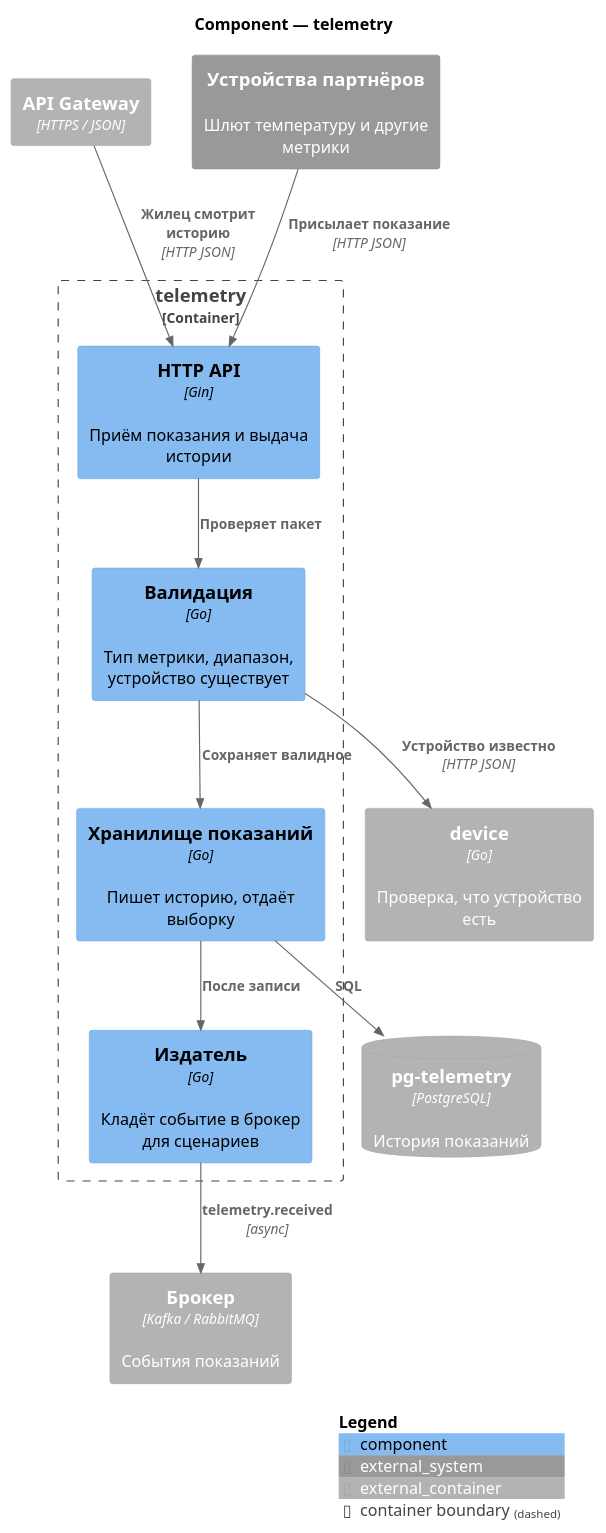
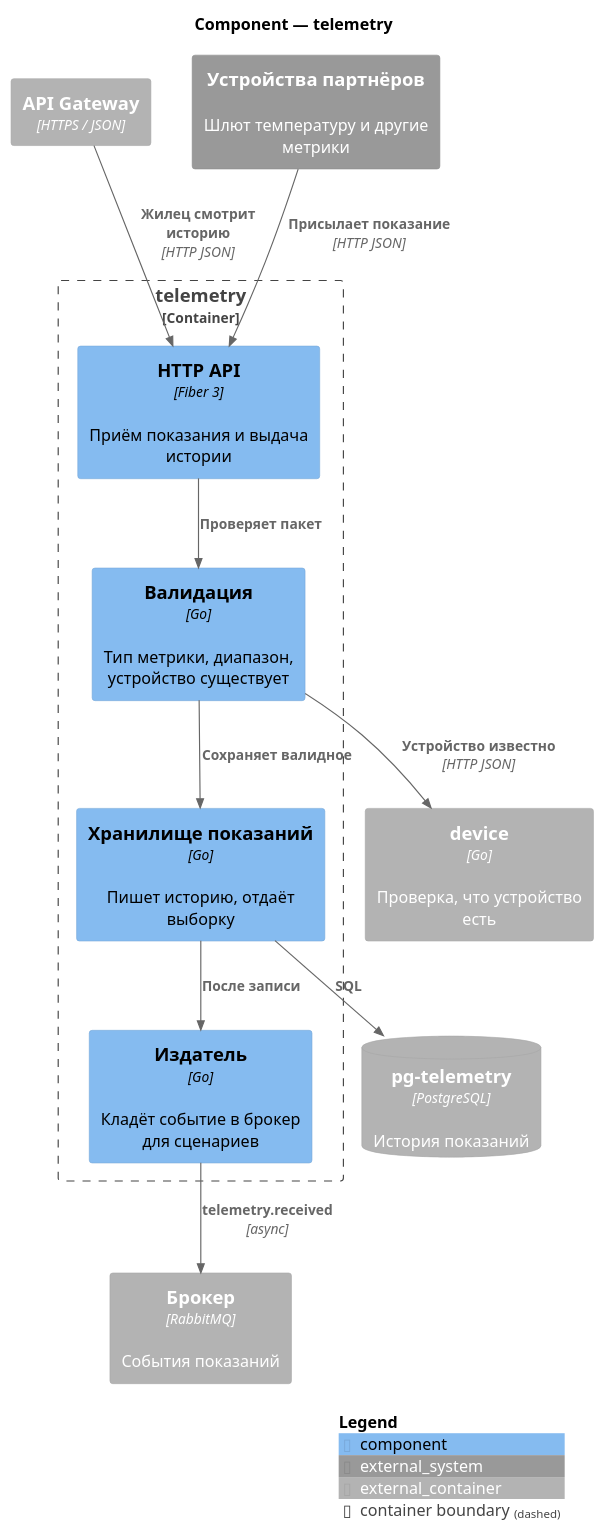
The diagram in docs/c4/02-component-telemetry.puml (Dima-Karpov/architecture-pro-warmhouse), drawn with PlantUML before and after one commit. The commit also changed 20 other files, not shown here.

```diff
--- a/docs/c4/02-component-telemetry.puml
+++ b/docs/c4/02-component-telemetry.puml
@@ -1,29 +1,29 @@
 @startuml
 !include https://raw.githubusercontent.com/plantuml-stdlib/C4-PlantUML/master/C4_Component.puml
 
 title Component — telemetry
 
 Container_Boundary(telemetry, "telemetry") {
-    Component(api, "HTTP API", "Gin", "Приём показания и выдача истории")
+    Component(api, "HTTP API", "Fiber 3", "Приём показания и выдача истории")
     Component(validate, "Валидация", "Go", "Тип метрики, диапазон, устройство существует")
     Component(store, "Хранилище показаний", "Go", "Пишет историю, отдаёт выборку")
     Component(pub, "Издатель", "Go", "Кладёт событие в брокер для сценариев")
 }
 
 ContainerDb_Ext(db, "pg-telemetry", "PostgreSQL", "История показаний")
-Container_Ext(broker, "Брокер", "Kafka / RabbitMQ", "События показаний")
+Container_Ext(broker, "Брокер", "RabbitMQ", "События показаний")
 Container_Ext(gw, "API Gateway", "HTTPS / JSON")
 Container_Ext(device, "device", "Go", "Проверка, что устройство есть")
 System_Ext(partner, "Устройства партнёров", "Шлют температуру и другие метрики")
 
 Rel(gw, api, "Жилец смотрит историю", "HTTP JSON")
 Rel(partner, api, "Присылает показание", "HTTP JSON")
 Rel(api, validate, "Проверяет пакет")
 Rel(validate, device, "Устройство известно", "HTTP JSON")
 Rel(validate, store, "Сохраняет валидное")
 Rel(store, db, "SQL")
 Rel(store, pub, "После записи")
 Rel(pub, broker, "telemetry.received", "async")
 
 SHOW_LEGEND()
 @enduml
```
